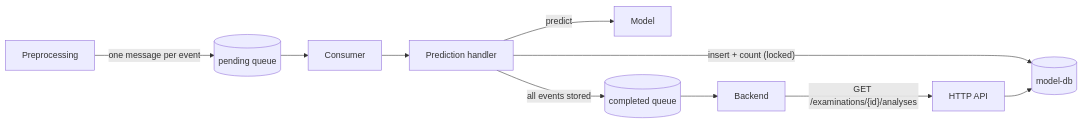
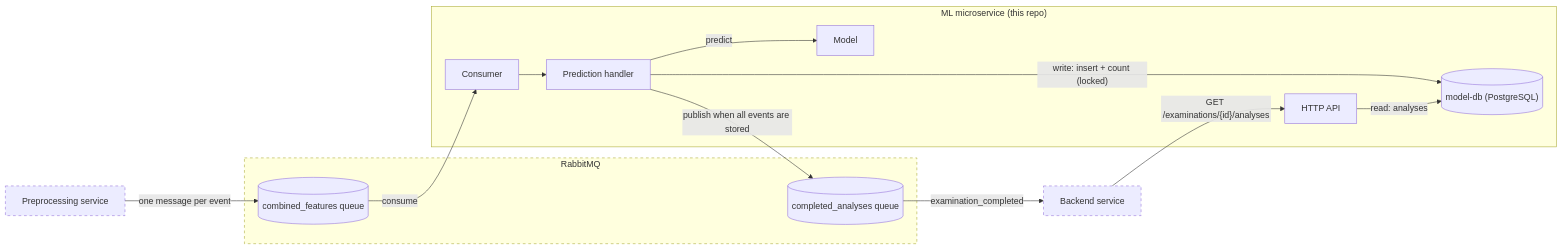
The diagram in services/ml/README.md (Neuro-Trace-Team/neuro-trace), drawn with Mermaid before and after one commit.

Commit message:
docs: clarify diagram in ml-service README

````diff
--- a/services/ml/README.md
+++ b/services/ml/README.md
@@ -7,12 +7,32 @@
 ```mermaid
 flowchart LR
-    P[Preprocessing] -- "one message per event" --> Q1[(pending queue)]
-    Q1 --> C[Consumer]
-    C --> H[Prediction handler]
-    H -- predict --> M[Model]
-    H -- "insert + count (locked)" --> DB[(model-db)]
-    H -- "all events stored" --> Q2[(completed queue)]
-    Q2 --> B[Backend]
-    B -- "GET /examinations/{id}/analyses" --> A[HTTP API]
-    A --> DB
+    PRE["Preprocessing service"]
+    BE["Backend service"]
+
+    subgraph MQ["RabbitMQ"]
+        Q1[("combined_features queue")]
+        Q2[("completed_analyses queue")]
+    end
+
+    subgraph ML["ML microservice (this repo)"]
+        C["Consumer"]
+        H["Prediction handler"]
+        M["Model"]
+        API["HTTP API"]
+        DB[("model-db (PostgreSQL)")]
+    end
+
+    PRE -- "one message per event" --> Q1
+    Q1 -- "consume" --> C
+    C --> H
+    H -- "predict" --> M
+    H -- "write: insert + count (locked)" --> DB
+    H -- "publish when all events are stored" --> Q2
+    Q2 -- "examination_completed" --> BE
+    BE -- "GET /examinations/{id}/analyses" --> API
+    API -- "read: analyses" --> DB
+
+    classDef external stroke-dasharray: 5 5
+    class PRE,BE external
+    style MQ stroke-dasharray: 5 5
 ```
````
